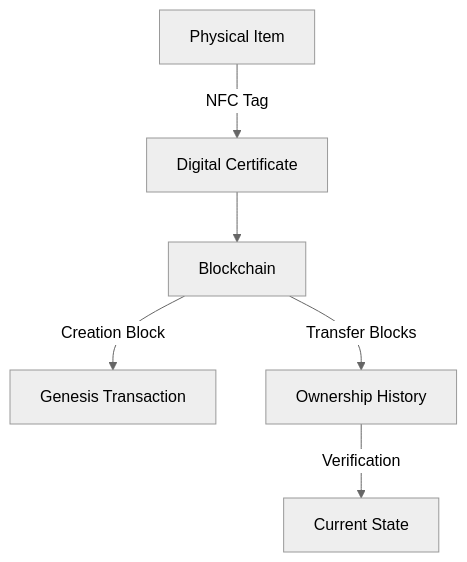
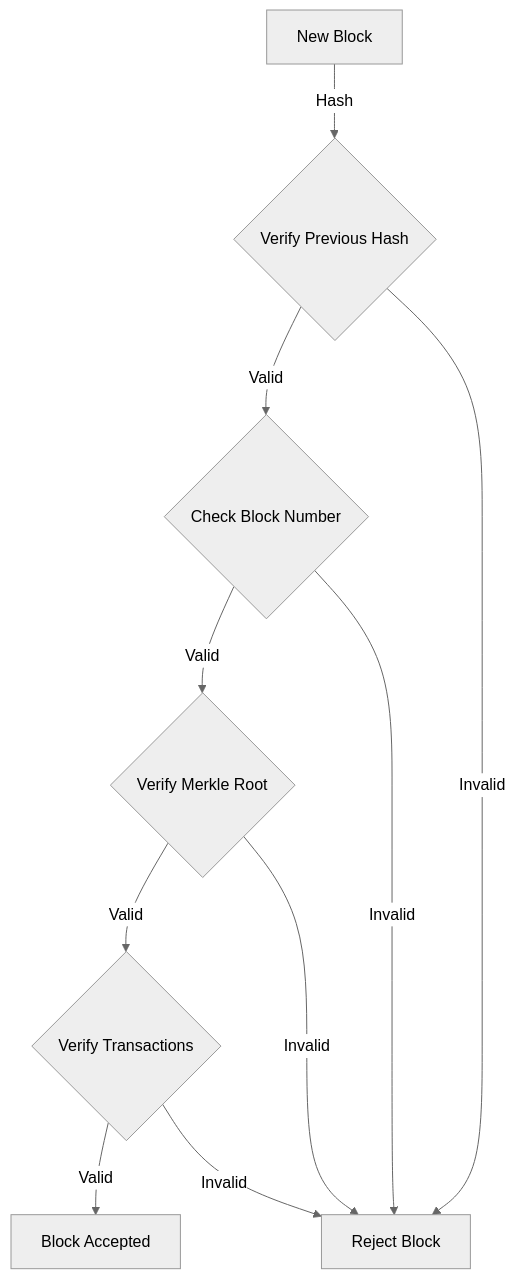
One commit to jiaweing/verify.supply.tf changed the second of 4 diagrams in README.md. Above: the diagram before and after it, drawn with Mermaid (neutral theme). The commit also changed other lines of this file, not shown here.

````diff
--- a/README.md
+++ b/README.md
@@ -34,8 +59,13 @@
 ```mermaid
-graph TD
-    A[Physical Item] -->|NFC Tag| B[Digital Certificate]
-    B --> C[Blockchain]
-    C -->|Creation Block| D[Genesis Transaction]
-    C -->|Transfer Blocks| E[Ownership History]
-    E -->|Verification| F[Current State]
+graph TB
+    A[New Block] -->|Hash| B{Verify Previous Hash}
+    B -->|Valid| C{Check Block Number}
+    C -->|Valid| D{Verify Merkle Root}
+    D -->|Valid| E{Verify Transactions}
+    E -->|Valid| F[Block Accepted]
+    
+    B -->|Invalid| X[Reject Block]
+    C -->|Invalid| X
+    D -->|Invalid| X
+    E -->|Invalid| X
 ```
````
